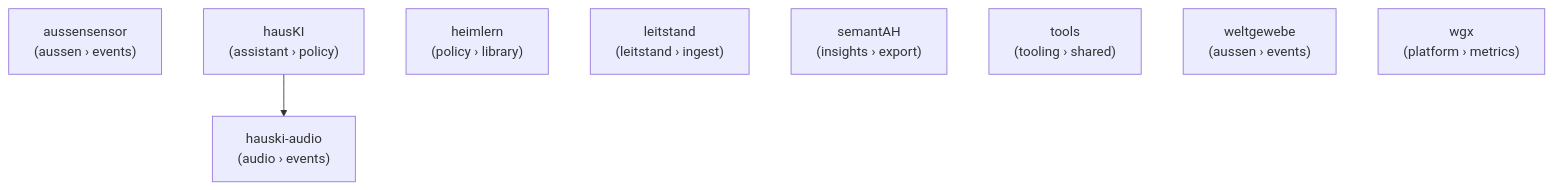
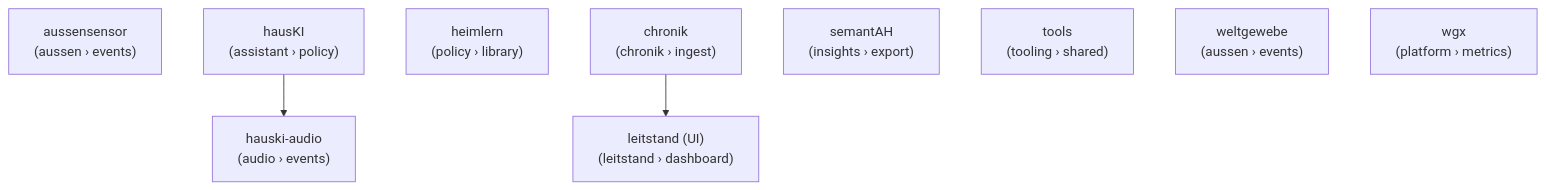
One commit to heimgewebe/vault-gewebe changed the diagram in coding/repos/metarepo/docs/org-graph.mmd. Above: the diagram before and after it, drawn with Mermaid. The commit also changed 63 other files, not shown here.

```diff
--- a/coding/repos/metarepo/docs/org-graph.mmd
+++ b/coding/repos/metarepo/docs/org-graph.mmd
@@ -1,13 +1,15 @@
 %% Org dependency graph
 %% Generated by scripts/generate_org_assets.py; do not edit manually.
 graph TD
     aussensensor["aussensensor\n(aussen › events)"]
     hausKI["hausKI\n(assistant › policy)"]
     hauski_audio["hauski-audio\n(audio › events)"]
     heimlern["heimlern\n(policy › library)"]
-    leitstand["leitstand\n(leitstand › ingest)"]
+    chronik["chronik\n(chronik › ingest)"]
+    leitstand["leitstand (UI)\n(leitstand › dashboard)"]
+    chronik --> leitstand
     semantAH["semantAH\n(insights › export)"]
     tools["tools\n(tooling › shared)"]
     weltgewebe["weltgewebe\n(aussen › events)"]
     wgx["wgx\n(platform › metrics)"]
     hausKI --> hauski_audio
```
